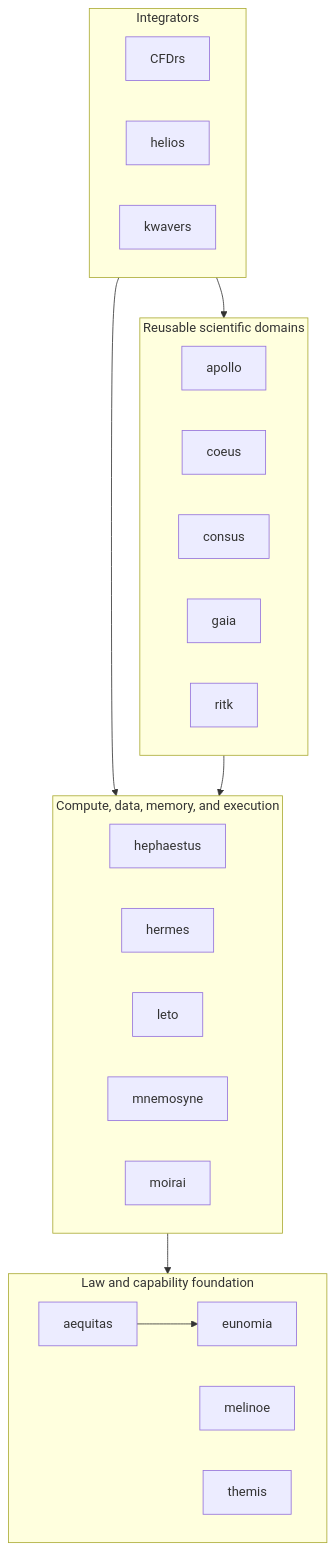
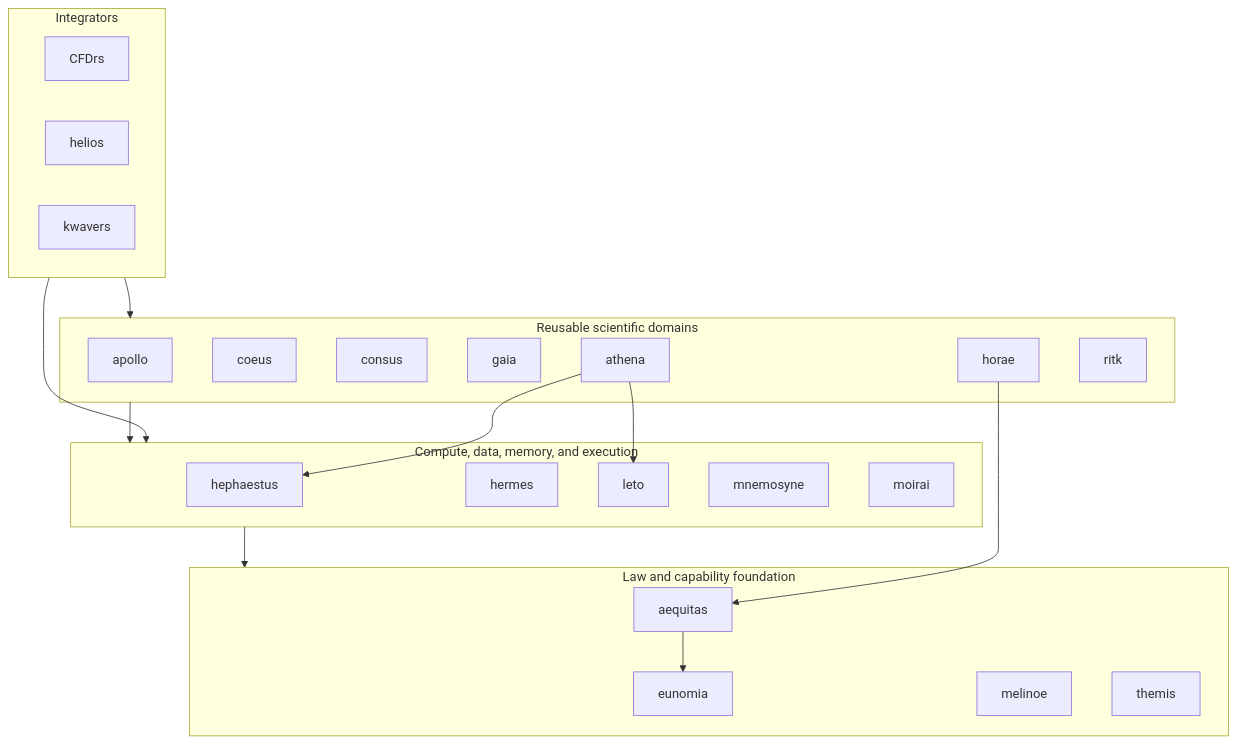
One commit to ryancinsight/atlas changed the diagram in README.md. Above: the diagram before and after it, drawn with Mermaid. The commit also changed other lines of this file and 8 other files, not shown here.

First line of the commit message:
feat(atlas): Promote Horae and Athena

````diff
--- a/README.md
+++ b/README.md
@@ -59,37 +61,42 @@
 ```mermaid
 flowchart TB
     subgraph Integrators
         CFDrs
         helios
         kwavers
     end
 
     subgraph Domains["Reusable scientific domains"]
         apollo
         coeus
         consus
         gaia
+        horae
+        athena
         ritk
     end
 
     subgraph Compute["Compute, data, memory, and execution"]
         hephaestus
         hermes
         leto
         mnemosyne
         moirai
     end
 
     subgraph Foundation["Law and capability foundation"]
         aequitas
         eunomia
         melinoe
         themis
     end
 
     Integrators --> Domains
     Integrators --> Compute
     Domains --> Compute
     Compute --> Foundation
     aequitas --> eunomia
+    horae --> aequitas
+    athena --> leto
+    athena --> hephaestus
 ```
````
